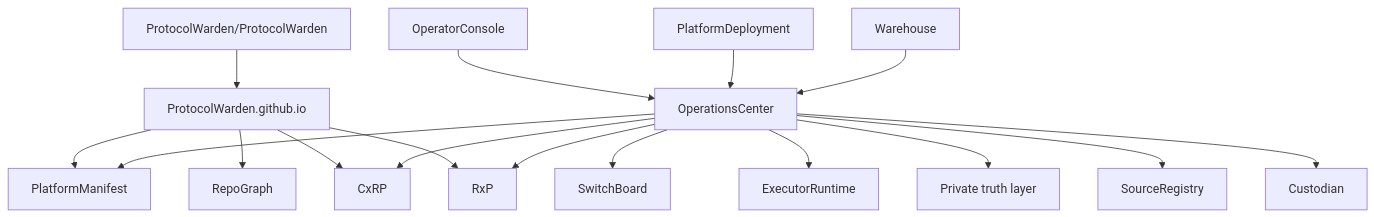
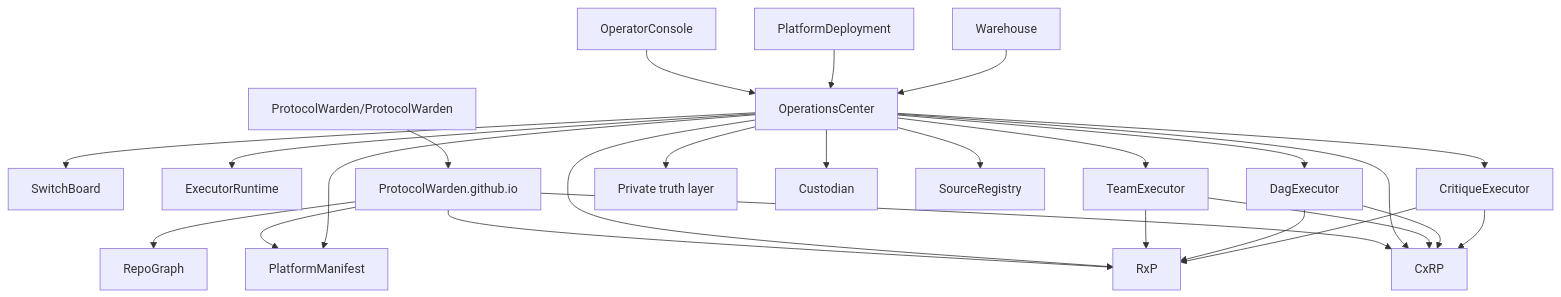
The diagram in docs/topology/ecosystem-graph.md (ProtocolWarden/ProtocolWarden.github.io), drawn with Mermaid before and after one commit. The commit also changed 4 other files, not shown here.

First line of the commit message:
docs: second loop — wire executors into topology and execution flow docs

````diff
--- a/docs/topology/ecosystem-graph.md
+++ b/docs/topology/ecosystem-graph.md
@@ -3,35 +3,47 @@
 ```mermaid
 graph TD
     FRONT[ProtocolWarden/ProtocolWarden]
     OC[OperatorConsole]
     OPS[OperationsCenter]
     SB[SwitchBoard]
     CX[CxRP]
     RX[RxP]
     ER[ExecutorRuntime]
+    TE[TeamExecutor]
+    DE[DagExecutor]
+    CE[CritiqueExecutor]
     RG[RepoGraph]
     PM[PlatformManifest]
     PT[Private truth layer]
     CU[Custodian]
     WS[PlatformDeployment]
     WH[Warehouse]
     SR[SourceRegistry]
     DOCS[ProtocolWarden.github.io]
 
     FRONT --> DOCS
     DOCS --> PM
     DOCS --> RG
     DOCS --> CX
     DOCS --> RX
     OC --> OPS
     OPS --> SB
     OPS --> CX
     OPS --> RX
     OPS --> ER
+    OPS --> TE
+    OPS --> DE
+    OPS --> CE
     OPS --> PM
     OPS --> PT
     OPS --> SR
     OPS --> CU
+    TE --> CX
+    TE --> RX
+    DE --> CX
+    DE --> RX
+    CE --> CX
+    CE --> RX
     WS --> OPS
     WH --> OPS
 ```
````
